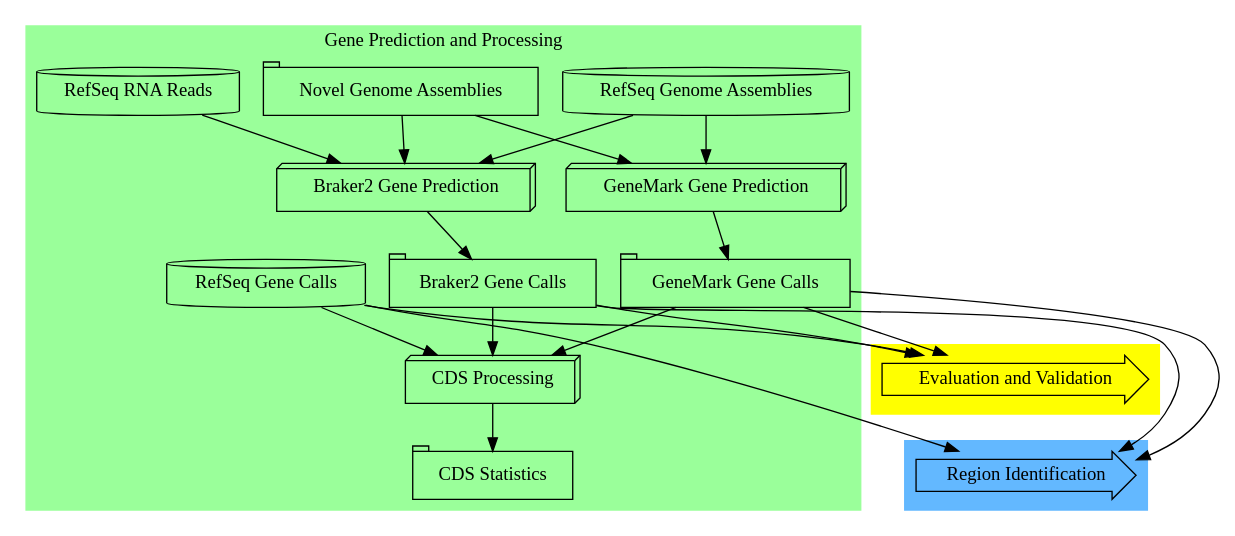
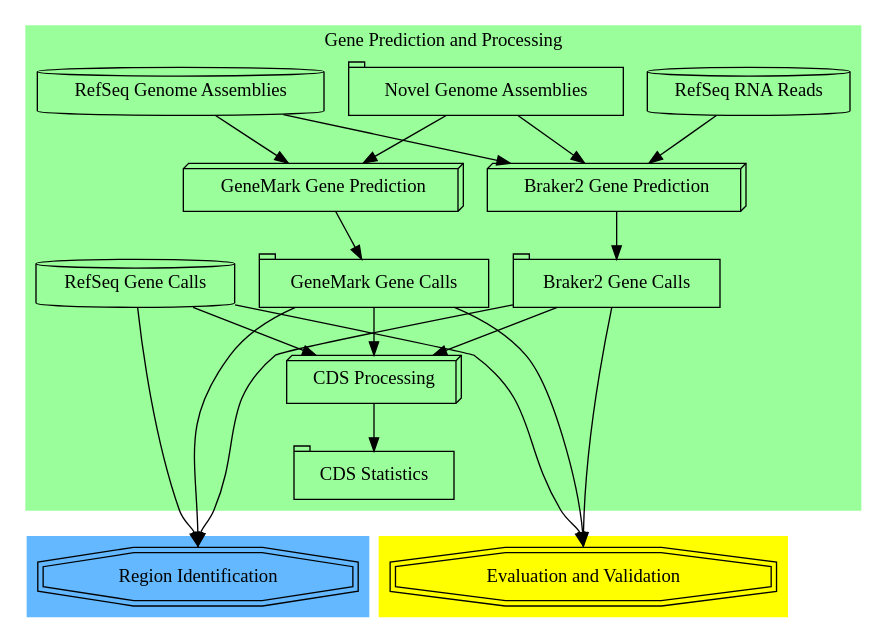
Before and after one commit to cbe453/masters: the diagram in working-thesis/figures/gene-finding-met.dot, drawn with Graphviz. The commit also changed 21 other files, not shown here.

```diff
--- a/working-thesis/figures/gene-finding-met.dot
+++ b/working-thesis/figures/gene-finding-met.dot
@@ -1,60 +1,63 @@
 digraph G{
 
 	rankdir = "TB";
 	splines = true;
 	style = filled;
 	color = palegreen1;
 
 	subgraph cluster_1 {
 
 		 style = filled;
 		 color = steelblue1;
-		"Region Identification" [shape = rarrow];
+		"Region Identification" [shape = doubleoctagon];
 	}
 
 	subgraph cluster_2 {
 		 style = filled;
 		 color = yellow;
-		 "Evaluation and Validation" [shape = rarrow];
+		 "Evaluation and Validation" [shape = doubleoctagon];
 	}
 
 	subgraph cluster_0 {
 		 "Novel Genome Assemblies" [shape = tab];
 		 label = "Gene Prediction and Processing";
 		 "RefSeq Genome Assemblies" [shape = cylinder];
 		 "RefSeq RNA Reads" [shape = cylinder];
 		 "RefSeq Gene Calls" [shape = cylinder];
 		 {rank = same; "RefSeq Genome Assemblies"; "RefSeq RNA Reads"};
 		 "GeneMark Gene Prediction" [shape = box3d];
 		 "Braker2 Gene Prediction" [shape = box3d];
 		 "RefSeq Genome Assemblies" -> "GeneMark Gene Prediction";
 		 "RefSeq Genome Assemblies" -> "Braker2 Gene Prediction";
 		 "RefSeq RNA Reads" -> "Braker2 Gene Prediction";
 		 "Braker2 Gene Calls" [shape = tab];
 		 "GeneMark Gene Calls" [shape = tab];
 		 "Braker2 Gene Prediction" -> "Braker2 Gene Calls"
 		 "GeneMark Gene Prediction" -> "GeneMark Gene Calls"
 		 {rank = same; "RefSeq Gene Calls"; "Braker2 Gene Calls"; "GeneMark Gene Calls"}
 		 "CDS Processing" [shape = box3d];
 		 "GeneMark Gene Calls" -> "CDS Processing";
 		 "Braker2 Gene Calls" -> "CDS Processing";
 		 "RefSeq Gene Calls" -> "CDS Processing";
-		 "GeneMark Gene Calls" -> "Evaluation and Validation";
-                 "Braker2 Gene Calls" -> "Evaluation and Validation";
-                 "RefSeq Gene Calls" -> "Evaluation and Validation";
+
 		 "CDS Statistics" [shape = tab];
 		 "CDS Processing" -> "CDS Statistics";
+		 
 
 	}
-
+			 "GeneMark Gene Calls" -> "Evaluation and Validation":n;
+         "Braker2 Gene Calls" -> "Evaluation and Validation":n;
+         "RefSeq Gene Calls" -> "Evaluation and Validation":n;
 	"Novel Genome Assemblies" -> "GeneMark Gene Prediction";
 	"Novel Genome Assemblies" -> "Braker2 Gene Prediction";
-	"GeneMark Gene Calls" -> "Region Identification";
-	"Braker2 Gene Calls" -> "Region Identification";
-	"RefSeq Gene Calls" -> "Region Identification";
+	"GeneMark Gene Calls" -> "Region Identification":n;
+	"Braker2 Gene Calls" -> "Region Identification":n;
+	"RefSeq Gene Calls" -> "Region Identification":n;
+	#"Evaluation and Validation" -> "Region Identification";
+	#{rank = same; "Evaluation and Validation"; "Region Identification"};
 	edge[style=invis];
-	#"CDS Statistics" -> "Evaluation and Validation";
-	#"CDS Statistics" -> "Region Identification";
-	"Evaluation and Validation" -> "Region Identification";
+	"CDS Statistics" -> "Evaluation and Validation";
+	"CDS Statistics" -> "Region Identification";
+	
 
 }
```
